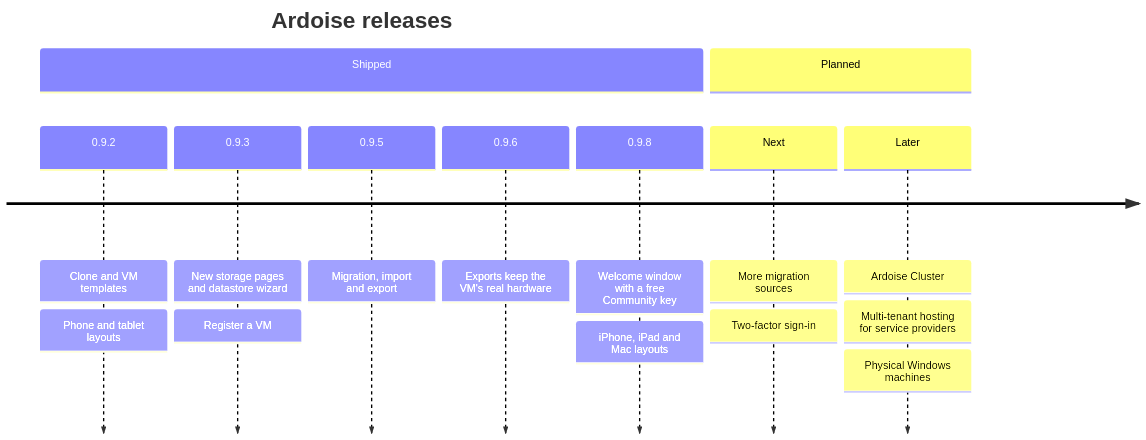
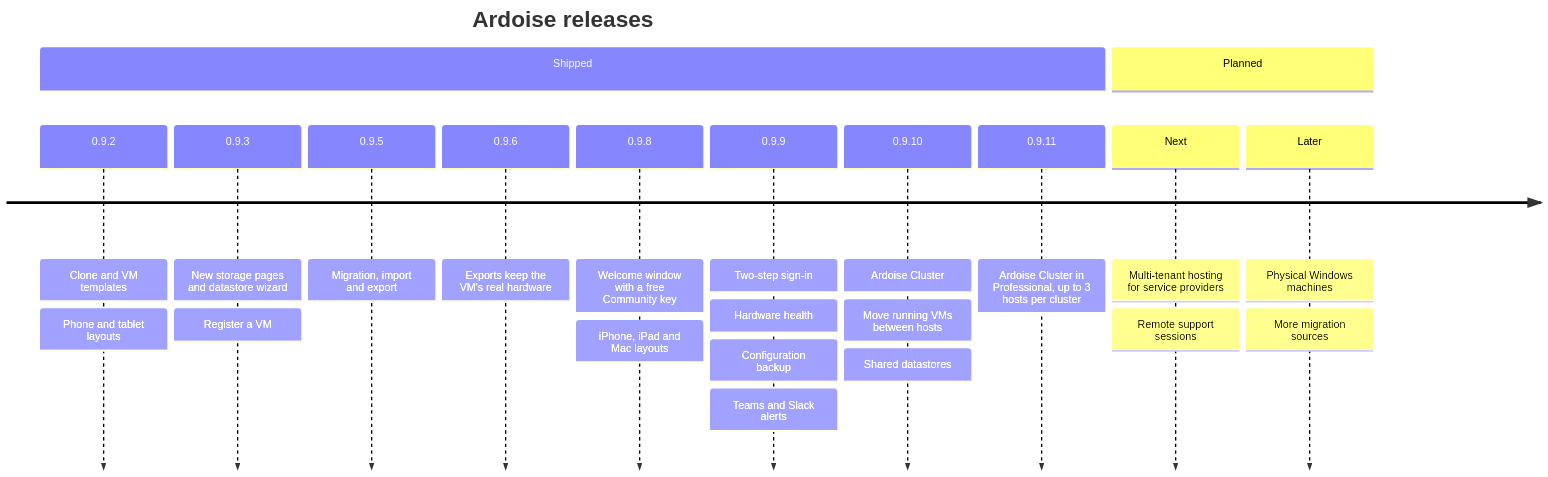
The diagram in README.md (neolabs-cloud/ardoise-releases), drawn with Mermaid before and after one commit. The commit also changed other lines of this file and 1 other file, not shown here.

````diff
--- a/README.md
+++ b/README.md
@@ -233,13 +253,16 @@
 ```mermaid
 timeline
     title Ardoise releases
     section Shipped
         0.9.2 : Clone and VM templates : Phone and tablet layouts
         0.9.3 : New storage pages and datastore wizard : Register a VM
         0.9.5 : Migration, import and export
         0.9.6 : Exports keep the VM's real hardware
         0.9.8 : Welcome window with a free Community key : iPhone, iPad and Mac layouts
+        0.9.9 : Two-step sign-in : Hardware health : Configuration backup : Teams and Slack alerts
+        0.9.10 : Ardoise Cluster : Move running VMs between hosts : Shared datastores
+        0.9.11 : Ardoise Cluster in Professional, up to 3 hosts per cluster
     section Planned
-        Next : More migration sources : Two-factor sign-in
-        Later : Ardoise Cluster : Multi-tenant hosting for service providers : Physical Windows machines
+        Next : Multi-tenant hosting for service providers : Remote support sessions
+        Later : Physical Windows machines : More migration sources
 ```
````
